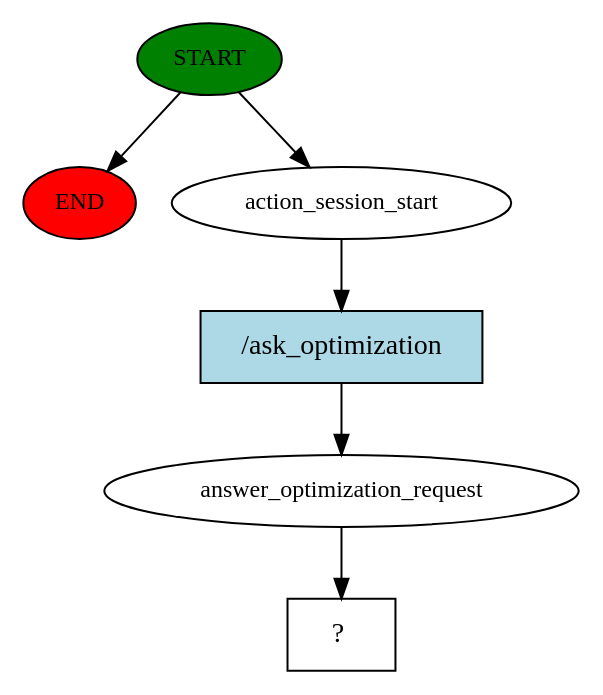
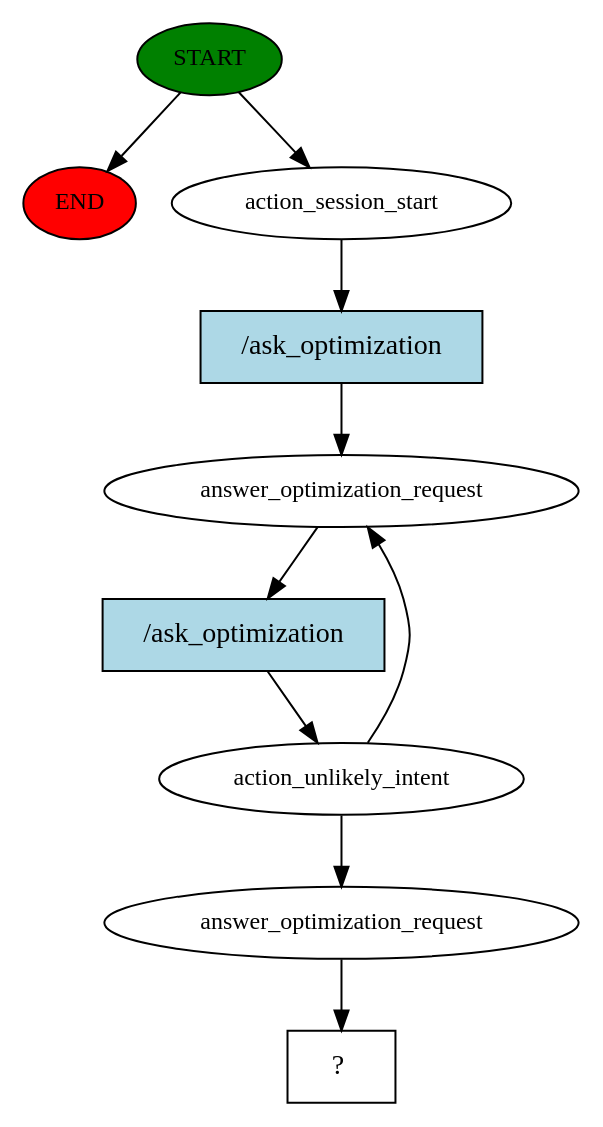
The diagram in story_graph.dot (msang/nl-interface), drawn with Graphviz before and after one commit. The commit also changed 8 other files, not shown here.

```diff
--- a/story_graph.dot
+++ b/story_graph.dot
@@ -1,13 +1,20 @@
 digraph  {
 0 [class="start active", fillcolor=green, fontsize=12, label=START, style=filled];
 "-1" [class=end, fillcolor=red, fontsize=12, label=END, style=filled];
 1 [class=active, fontsize=12, label=action_session_start];
 2 [class=active, fontsize=12, label=answer_optimization_request];
-3 [class="intent dashed active", label="  ?  ", shape=rect];
-4 [class="intent active", fillcolor=lightblue, label="/ask_optimization", shape=rect, style=filled];
+3 [class=active, fontsize=12, label=action_unlikely_intent];
+8 [class=active, fontsize=12, label=answer_optimization_request];
+9 [class="intent dashed active", label="  ?  ", shape=rect];
+10 [class="intent active", fillcolor=lightblue, label="/ask_optimization", shape=rect, style=filled];
+11 [class="intent active", fillcolor=lightblue, label="/ask_optimization", shape=rect, style=filled];
 0 -> "-1"  [class="", key=NONE, label=""];
 0 -> 1  [class=active, key=NONE, label=""];
-1 -> 4  [class=active, key=0];
-2 -> 3  [class=active, key=NONE, label=""];
-4 -> 2  [class=active, key=0];
+1 -> 10  [class=active, key=0];
+2 -> 11  [class=active, key=0];
+3 -> 2  [class=active, key=NONE, label=""];
+3 -> 8  [class=active, key=NONE, label=""];
+8 -> 9  [class=active, key=NONE, label=""];
+10 -> 2  [class=active, key=0];
+11 -> 3  [class=active, key=0];
 }
```
